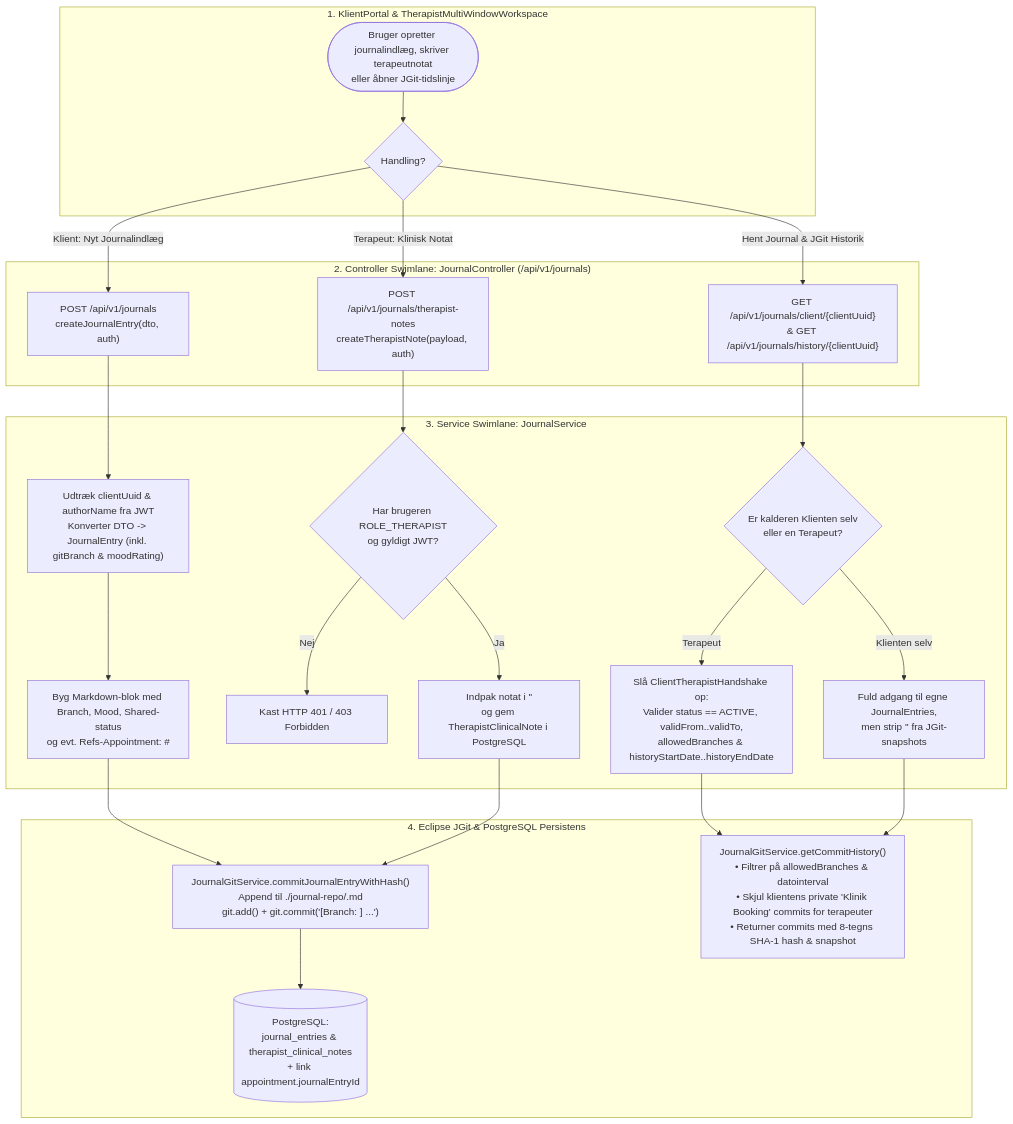
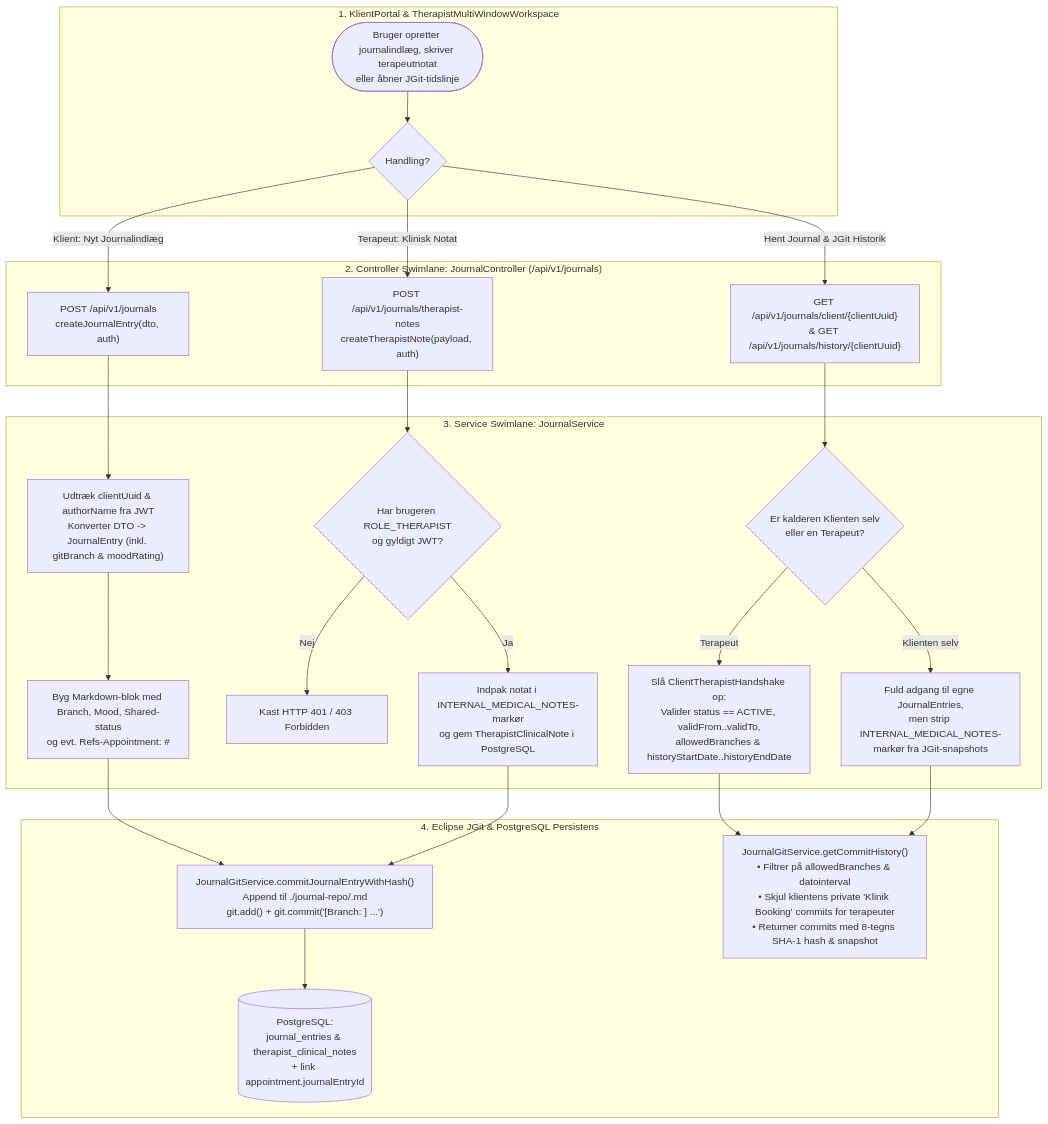
Before and after one commit to 7-3-N-3-7/api: diagram 17 of 24 in HOVEDOPGAVE_DIAGRAMMER.md, drawn with Mermaid. The commit also changed other lines of this file and 53 other files, not shown here.

Commit message:
fix(thesis): ret fejl fra rapport-audit, synkroniser diagrammer og opdater overleaf-export

````diff
--- a/HOVEDOPGAVE_DIAGRAMMER.md
+++ b/HOVEDOPGAVE_DIAGRAMMER.md
@@ -840,34 +840,34 @@
 ```mermaid
 flowchart TD
     subgraph UI_Lane["1. KlientPortal & TherapistMultiWindowWorkspace"]
         A1(["Bruger opretter journalindlæg, skriver terapeutnotat\neller åbner JGit-tidslinje"]) --> A2{"Handling?"}
     end
 
     subgraph Ctrl_Lane["2. Controller Swimlane: JournalController (/api/v1/journals)"]
         A2 -- "Klient: Nyt Journalindlæg" --> C1["POST /api/v1/journals\ncreateJournalEntry(dto, auth)"]
         A2 -- "Terapeut: Klinisk Notat" --> C2["POST /api/v1/journals/therapist-notes\ncreateTherapistNote(payload, auth)"]
         A2 -- "Hent Journal & JGit Historik" --> C3["GET /api/v1/journals/client/{clientUuid}\n& GET /api/v1/journals/history/{clientUuid}"]
     end
 
     subgraph Svc_Lane["3. Service Swimlane: JournalService"]
         C1 --> S1["Udtræk clientUuid & authorName fra JWT\nKonverter DTO -> JournalEntry (inkl. gitBranch & moodRating)"]
         S1 --> S2["Byg Markdown-blok med Branch, Mood, Shared-status\nog evt. Refs-Appointment: #<appointmentId>"]
 
         C2 --> S3{"Har brugeren ROLE_THERAPIST\nog gyldigt JWT?"}
         S3 -- "Nej" --> Err403["Kast HTTP 401 / 403 Forbidden"]
-        S3 -- "Ja" --> S4["Indpak notat i '<!-- INTERNAL_MEDICAL_NOTES -->'\nog gem TherapistClinicalNote i PostgreSQL"]
+        S3 -- "Ja" --> S4["Indpak notat i INTERNAL_MEDICAL_NOTES-markør\nog gem TherapistClinicalNote i PostgreSQL"]
 
         C3 --> S5{"Er kalderen Klienten selv\neller en Terapeut?"}
         S5 -- "Terapeut" --> S6["Slå ClientTherapistHandshake op:\nValider status == ACTIVE, validFrom..validTo,\nallowedBranches & historyStartDate..historyEndDate"]
-        S5 -- "Klienten selv" --> S7["Fuld adgang til egne JournalEntries,\nmen strip '<!-- INTERNAL_MEDICAL_NOTES -->' fra JGit-snapshots"]
+        S5 -- "Klienten selv" --> S7["Fuld adgang til egne JournalEntries,\nmen strip INTERNAL_MEDICAL_NOTES-markør fra JGit-snapshots"]
     end
 
     subgraph JGit_DB_Lane["4. Eclipse JGit & PostgreSQL Persistens"]
         S2 --> G1["JournalGitService.commitJournalEntryWithHash()\nAppend til ./journal-repo/<clientUuid>.md\ngit.add() + git.commit('[Branch: <branch>] ...')"]
         S4 --> G1
         G1 --> G2[("PostgreSQL:\njournal_entries & therapist_clinical_notes\n+ link appointment.journalEntryId")]
 
         S6 --> G3["JournalGitService.getCommitHistory()\n• Filtrer på allowedBranches & datointerval\n• Skjul klientens private 'Klinik Booking' commits for terapeuter\n• Returner commits med 8-tegns SHA-1 hash & snapshot"]
         S7 --> G3
     end
 ```
````
